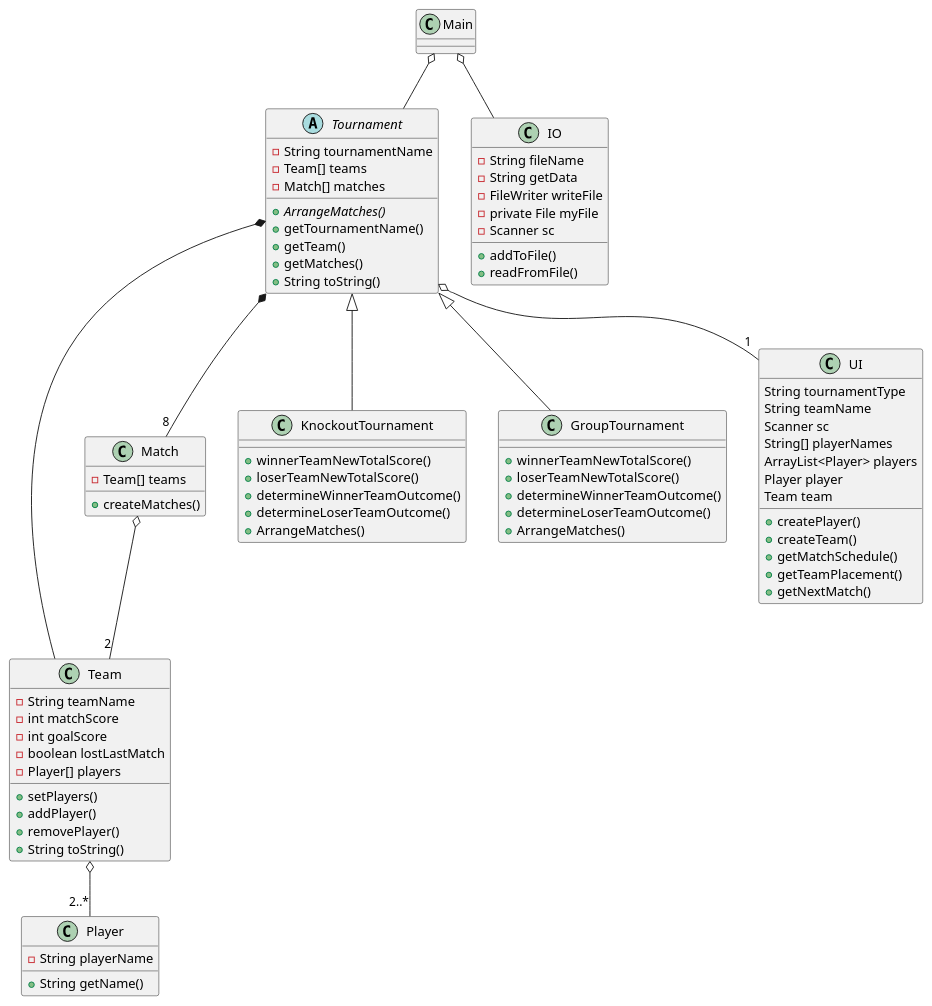
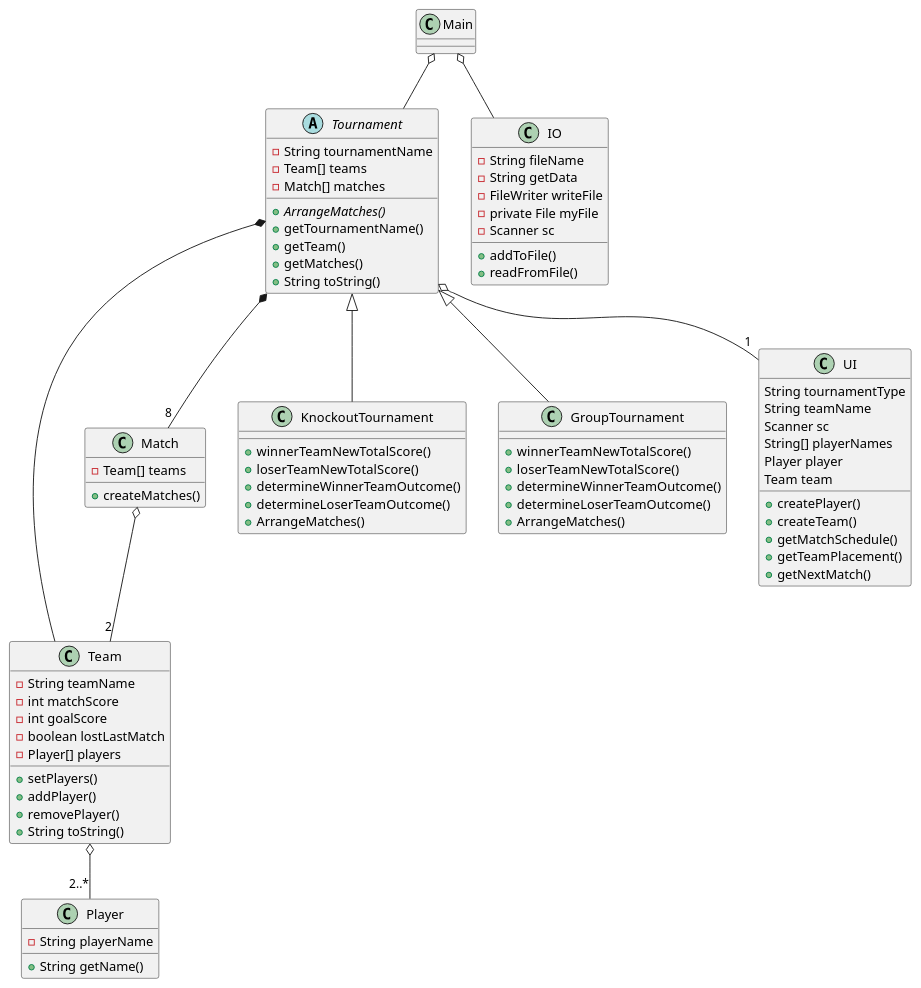
One commit to DeRp-DaWg/SP3 changed the diagram in doc/Class.puml. Above: the diagram before and after it, drawn with PlantUML.

Commit message:
Lavet af Andreas

```diff
--- a/doc/Class.puml
+++ b/doc/Class.puml
@@ -1,91 +1,90 @@
 @startuml
 'https://plantuml.com/class-diagram
 
 class Player {
 -String playerName
 +String getName()
 }
 
 class Team {
 -String teamName
 -int matchScore
 -int goalScore
 -boolean lostLastMatch
 -Player[] players
 +setPlayers()
 +addPlayer()
 +removePlayer()
 +String toString()
 }
 
 class Match{
 -Team[] teams
 +createMatches()
 }
 
 abstract Tournament {
 -String tournamentName
 -Team[] teams
 -Match[] matches
 +{abstract}ArrangeMatches()
 +getTournamentName()
 +getTeam()
 +getMatches()
 +String toString()
 }
 
 class KnockoutTournament{
 +winnerTeamNewTotalScore()
 +loserTeamNewTotalScore()
 +determineWinnerTeamOutcome()
 +determineLoserTeamOutcome()
 +ArrangeMatches()
 }
 
 class GroupTournament{
 +winnerTeamNewTotalScore()
 +loserTeamNewTotalScore()
 +determineWinnerTeamOutcome()
 +determineLoserTeamOutcome()
 +ArrangeMatches()
 }
 
 class UI {
 String tournamentType
 String teamName
 Scanner sc
 String[] playerNames
-ArrayList<Player> players
 Player player
 Team team
 +createPlayer()
 +createTeam()
 +getMatchSchedule()
 +getTeamPlacement()
 +getNextMatch()
 }
 
 class IO {
 -String fileName
 -String getData
 -FileWriter writeFile
 -private File myFile
 -Scanner sc
 +addToFile()
 +readFromFile()
 }
 
 class Main{
 }
 
 Main o-- Tournament
 Main o-- IO
 Tournament o-- "1" UI
 Tournament *-- "8" Match
 Tournament *-- Team
 Match o-- "2" Team
 Team o-- "2..*" Player
 Tournament <|-- KnockoutTournament
 Tournament <|-- GroupTournament
 
 @enduml
```
